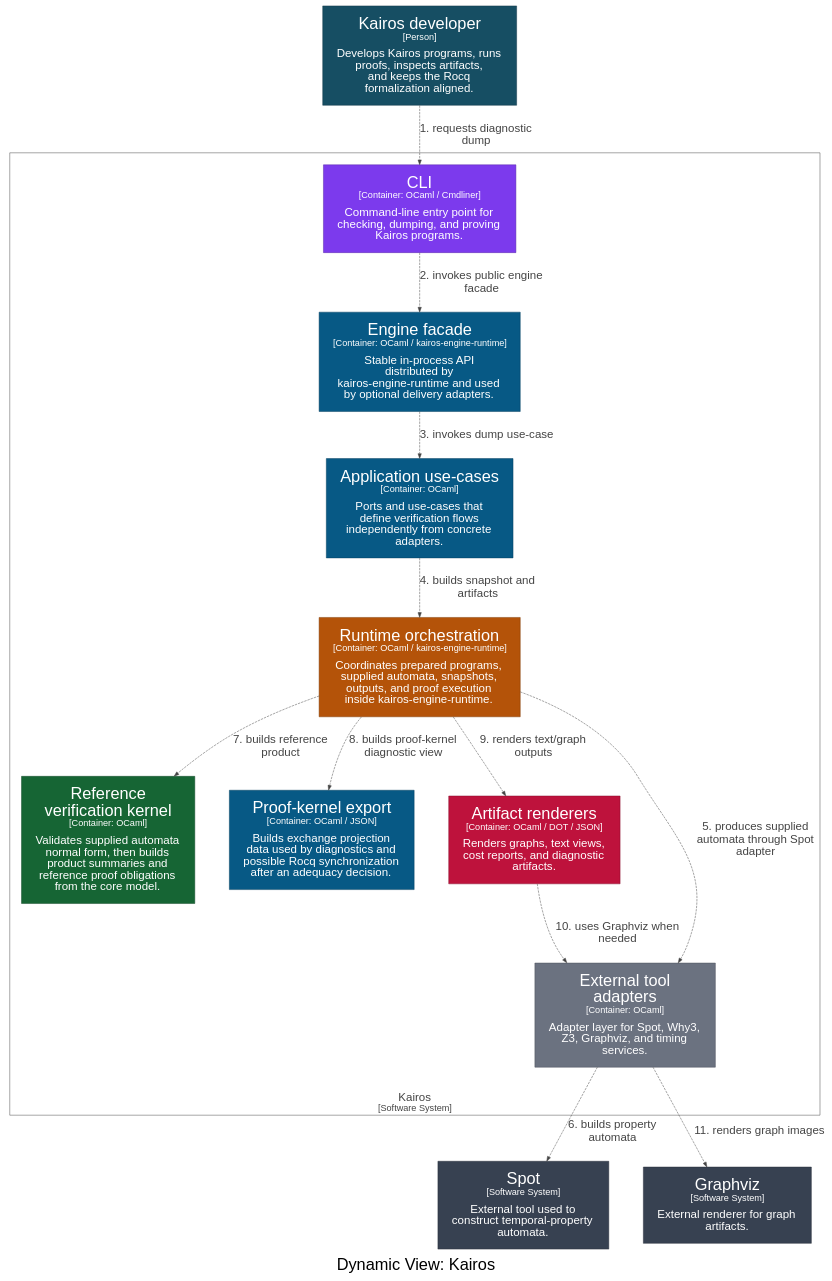
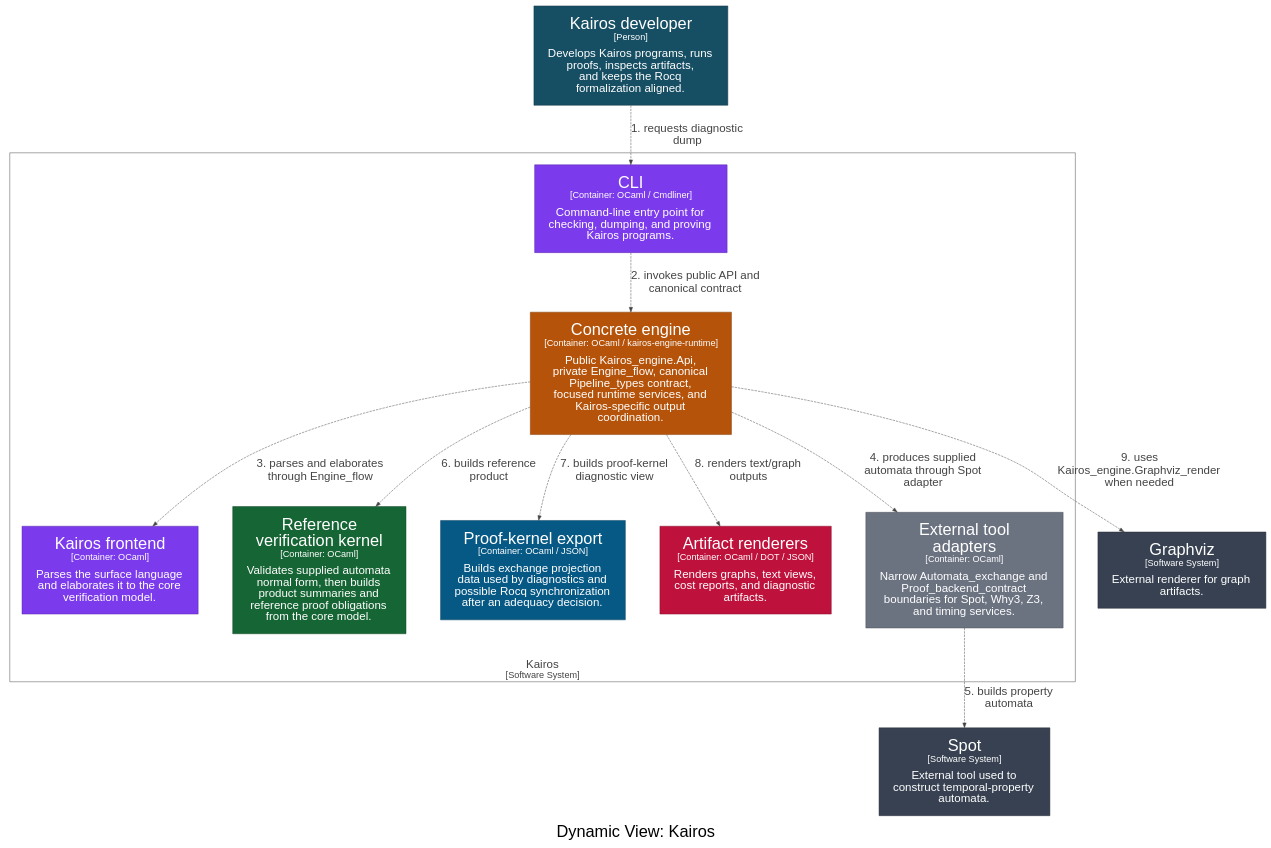
One commit to DabrowskiFr/Kairos changed the diagram in docs/architecture/structurizr/export/dot/structurizr-kairos-diagnostic-dump-flow.dot. Above: the diagram before and after it, drawn with Graphviz. The commit also changed 137 other files, not shown here.

Commit message:
Simplify Kairos engine architecture

```diff
--- a/docs/architecture/structurizr/export/dot/structurizr-kairos-diagnostic-dump-flow.dot
+++ b/docs/architecture/structurizr/export/dot/structurizr-kairos-diagnostic-dump-flow.dot
@@ -1,42 +1,39 @@
 digraph {
   compound=true
   graph [fontname="Arial", rankdir=TB, ranksep=1.0, nodesep=1.0]
   node [fontname="Arial", shape=box, margin="0.4,0.3"]
   edge [fontname="Arial"]
   label=<<br /><font point-size="34">Dynamic View: Kairos</font>>
 
   subgraph cluster_7 {
     margin=25
     label=<<font point-size="24"><br />Kairos</font><br /><font point-size="19">[Software System]</font>>
     labelloc=b
     color="#444444"
     fontcolor="#444444"
     fillcolor="#444444"
 
-    10 [id=10,shape=rect, label=<<font point-size="34">Engine facade</font><br /><font point-size="19">[Container: OCaml / kairos-engine-runtime]</font><br /><br /><font point-size="24">Stable in-process API<br />distributed by<br />kairos-engine-runtime and used<br />by optional delivery adapters.</font>>, style=filled, color="#043e5d", fillcolor="#075985", fontcolor="#ffffff"]
-    12 [id=12,shape=rect, label=<<font point-size="34">Application use-cases</font><br /><font point-size="19">[Container: OCaml]</font><br /><br /><font point-size="24">Ports and use-cases that<br />define verification flows<br />independently from concrete<br />adapters.</font>>, style=filled, color="#043e5d", fillcolor="#075985", fontcolor="#ffffff"]
-    14 [id=14,shape=rect, label=<<font point-size="34">Reference<br />verification kernel</font><br /><font point-size="19">[Container: OCaml]</font><br /><br /><font point-size="24">Validates supplied automata<br />normal form, then builds<br />product summaries and<br />reference proof obligations<br />from the core model.</font>>, style=filled, color="#0f4624", fillcolor="#166534", fontcolor="#ffffff"]
-    19 [id=19,shape=rect, label=<<font point-size="34">Proof-kernel export</font><br /><font point-size="19">[Container: OCaml / JSON]</font><br /><br /><font point-size="24">Builds exchange projection<br />data used by diagnostics and<br />possible Rocq synchronization<br />after an adequacy decision.</font>>, style=filled, color="#043e5d", fillcolor="#075985", fontcolor="#ffffff"]
-    22 [id=22,shape=rect, label=<<font point-size="34">Runtime orchestration</font><br /><font point-size="19">[Container: OCaml / kairos-engine-runtime]</font><br /><br /><font point-size="24">Coordinates prepared programs,<br />supplied automata, snapshots,<br />outputs, and proof execution<br />inside kairos-engine-runtime.</font>>, style=filled, color="#7d3a06", fillcolor="#b45309", fontcolor="#ffffff"]
-    30 [id=30,shape=rect, label=<<font point-size="34">Artifact renderers</font><br /><font point-size="19">[Container: OCaml / DOT / JSON]</font><br /><br /><font point-size="24">Renders graphs, text views,<br />cost reports, and diagnostic<br />artifacts.</font>>, style=filled, color="#850c2a", fillcolor="#be123c", fontcolor="#ffffff"]
-    31 [id=31,shape=rect, label=<<font point-size="34">External tool<br />adapters</font><br /><font point-size="19">[Container: OCaml]</font><br /><br /><font point-size="24">Adapter layer for Spot, Why3,<br />Z3, Graphviz, and timing<br />services.</font>>, style=filled, color="#4a4f59", fillcolor="#6b7280", fontcolor="#ffffff"]
+    10 [id=10,shape=rect, label=<<font point-size="34">Concrete engine</font><br /><font point-size="19">[Container: OCaml / kairos-engine-runtime]</font><br /><br /><font point-size="24">Public Kairos_engine.Api,<br />private Engine_flow, canonical<br />Pipeline_types contract,<br />focused runtime services, and<br />Kairos-specific output<br />coordination.</font>>, style=filled, color="#7d3a06", fillcolor="#b45309", fontcolor="#ffffff"]
+    19 [id=19,shape=rect, label=<<font point-size="34">Kairos frontend</font><br /><font point-size="19">[Container: OCaml]</font><br /><br /><font point-size="24">Parses the surface language<br />and elaborates it to the core<br />verification model.</font>>, style=filled, color="#5628a5", fillcolor="#7c3aed", fontcolor="#ffffff"]
+    21 [id=21,shape=rect, label=<<font point-size="34">Reference<br />verification kernel</font><br /><font point-size="19">[Container: OCaml]</font><br /><br /><font point-size="24">Validates supplied automata<br />normal form, then builds<br />product summaries and<br />reference proof obligations<br />from the core model.</font>>, style=filled, color="#0f4624", fillcolor="#166534", fontcolor="#ffffff"]
+    26 [id=26,shape=rect, label=<<font point-size="34">Proof-kernel export</font><br /><font point-size="19">[Container: OCaml / JSON]</font><br /><br /><font point-size="24">Builds exchange projection<br />data used by diagnostics and<br />possible Rocq synchronization<br />after an adequacy decision.</font>>, style=filled, color="#043e5d", fillcolor="#075985", fontcolor="#ffffff"]
+    31 [id=31,shape=rect, label=<<font point-size="34">Artifact renderers</font><br /><font point-size="19">[Container: OCaml / DOT / JSON]</font><br /><br /><font point-size="24">Renders graphs, text views,<br />cost reports, and diagnostic<br />artifacts.</font>>, style=filled, color="#850c2a", fillcolor="#be123c", fontcolor="#ffffff"]
+    32 [id=32,shape=rect, label=<<font point-size="34">External tool<br />adapters</font><br /><font point-size="19">[Container: OCaml]</font><br /><br /><font point-size="24">Narrow Automata_exchange and<br />Proof_backend_contract<br />boundaries for Spot, Why3, Z3,<br />and timing services.</font>>, style=filled, color="#4a4f59", fillcolor="#6b7280", fontcolor="#ffffff"]
     8 [id=8,shape=rect, label=<<font point-size="34">CLI</font><br /><font point-size="19">[Container: OCaml / Cmdliner]</font><br /><br /><font point-size="24">Command-line entry point for<br />checking, dumping, and proving<br />Kairos programs.</font>>, style=filled, color="#5628a5", fillcolor="#7c3aed", fontcolor="#ffffff"]
   }
 
   1 [id=1,shape=rect, label=<<font point-size="34">Kairos developer</font><br /><font point-size="19">[Person]</font><br /><br /><font point-size="24">Develops Kairos programs, runs<br />proofs, inspects artifacts,<br />and keeps the Rocq<br />formalization aligned.</font>>, style=filled, color="#0f3645", fillcolor="#164e63", fontcolor="#ffffff"]
   3 [id=3,shape=rect, label=<<font point-size="34">Spot</font><br /><font point-size="19">[Software System]</font><br /><br /><font point-size="24">External tool used to<br />construct temporal-property<br />automata.</font>>, style=filled, color="#262d38", fillcolor="#374151", fontcolor="#ffffff"]
   6 [id=6,shape=rect, label=<<font point-size="34">Graphviz</font><br /><font point-size="19">[Software System]</font><br /><br /><font point-size="24">External renderer for graph<br />artifacts.</font>>, style=filled, color="#262d38", fillcolor="#374151", fontcolor="#ffffff"]
 
-  1 -> 8 [id=32, label=<<font point-size="24">1. requests diagnostic<br />dump</font>>, style="dashed", color="#444444", fontcolor="#444444"]
-  8 -> 10 [id=35, label=<<font point-size="24">2. invokes public engine<br />facade</font>>, style="dashed", color="#444444", fontcolor="#444444"]
-  10 -> 12 [id=37, label=<<font point-size="24">3. invokes dump use-case</font>>, style="dashed", color="#444444", fontcolor="#444444"]
-  12 -> 22 [id=41, label=<<font point-size="24">4. builds snapshot and<br />artifacts</font>>, style="dashed", color="#444444", fontcolor="#444444"]
-  22 -> 31 [id=48, label=<<font point-size="24">5. produces supplied<br />automata through Spot<br />adapter</font>>, style="dashed", color="#444444", fontcolor="#444444"]
-  31 -> 3 [id=58, label=<<font point-size="24">6. builds property<br />automata</font>>, style="dashed", color="#444444", fontcolor="#444444"]
-  22 -> 14 [id=44, label=<<font point-size="24">7. builds reference<br />product</font>>, style="dashed", color="#444444", fontcolor="#444444"]
-  22 -> 19 [id=45, label=<<font point-size="24">8. builds proof-kernel<br />diagnostic view</font>>, style="dashed", color="#444444", fontcolor="#444444"]
-  22 -> 30 [id=46, label=<<font point-size="24">9. renders text/graph<br />outputs</font>>, style="dashed", color="#444444", fontcolor="#444444"]
-  30 -> 31 [id=57, label=<<font point-size="24">10. uses Graphviz when<br />needed</font>>, style="dashed", color="#444444", fontcolor="#444444"]
-  31 -> 6 [id=64, label=<<font point-size="24">11. renders graph images</font>>, style="dashed", color="#444444", fontcolor="#444444"]
+  1 -> 8 [id=33, label=<<font point-size="24">1. requests diagnostic<br />dump</font>>, style="dashed", color="#444444", fontcolor="#444444"]
+  8 -> 10 [id=36, label=<<font point-size="24">2. invokes public API and<br />canonical contract</font>>, style="dashed", color="#444444", fontcolor="#444444"]
+  10 -> 19 [id=38, label=<<font point-size="24">3. parses and elaborates<br />through Engine_flow</font>>, style="dashed", color="#444444", fontcolor="#444444"]
+  10 -> 32 [id=45, label=<<font point-size="24">4. produces supplied<br />automata through Spot<br />adapter</font>>, style="dashed", color="#444444", fontcolor="#444444"]
+  32 -> 3 [id=56, label=<<font point-size="24">5. builds property<br />automata</font>>, style="dashed", color="#444444", fontcolor="#444444"]
+  10 -> 21 [id=41, label=<<font point-size="24">6. builds reference<br />product</font>>, style="dashed", color="#444444", fontcolor="#444444"]
+  10 -> 26 [id=42, label=<<font point-size="24">7. builds proof-kernel<br />diagnostic view</font>>, style="dashed", color="#444444", fontcolor="#444444"]
+  10 -> 31 [id=43, label=<<font point-size="24">8. renders text/graph<br />outputs</font>>, style="dashed", color="#444444", fontcolor="#444444"]
+  10 -> 6 [id=46, label=<<font point-size="24">9. uses<br />Kairos_engine.Graphviz_render<br />when needed</font>>, style="dashed", color="#444444", fontcolor="#444444"]
 
 }
```
